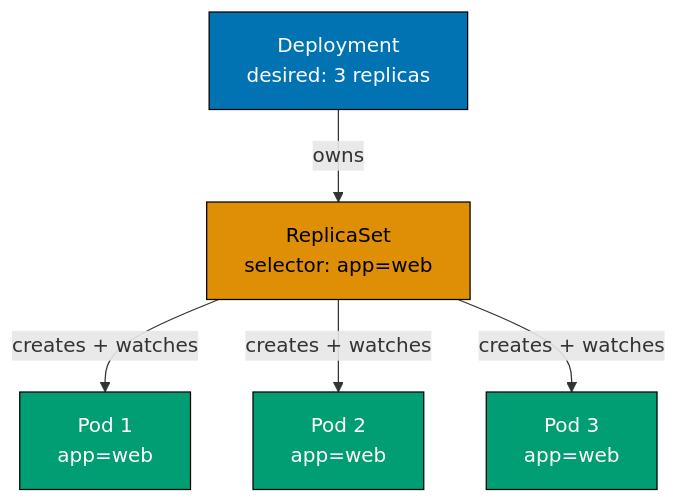
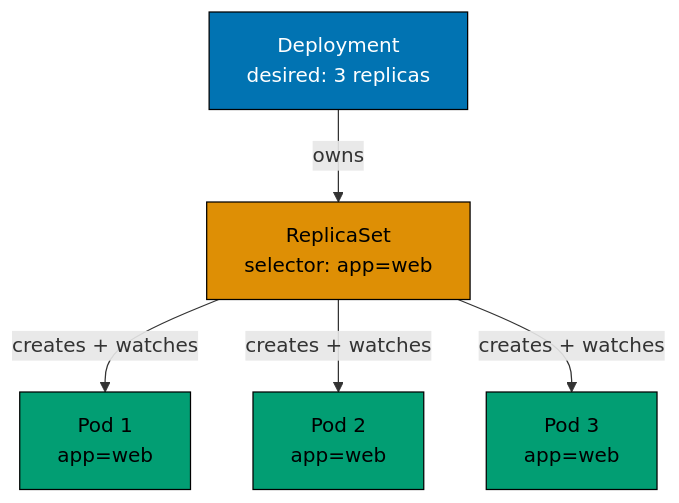
Before and after one commit to wahidyankf/ose-public: the second of 9 diagrams in apps/ayokoding-www/content/en/learn/legacy/software-engineering/infrastructure/tools/k3s/by-example/beginner.md, drawn with Mermaid. The commit also changed other lines of this file and 131 other files, not shown here.

First line of the commit message:
fix(mermaid): bring the legacy data, infrastructure, and testing diagrams onto the accessible palette

````diff
--- a/apps/ayokoding-www/content/en/learn/legacy/software-engineering/infrastructure/tools/k3s/by-example/beginner.md
+++ b/apps/ayokoding-www/content/en/learn/legacy/software-engineering/infrastructure/tools/k3s/by-example/beginner.md
@@ -175,20 +183,26 @@
 ```mermaid
 %% Color Palette: Blue #0173B2, Orange #DE8F05, Teal #029E73, Purple #CC78BC, Brown #CA9161
 graph TD
+    accTitle: Example 5: Create a Deployment with Replicas
+    accDescr: Graph with 5 nodes and 4 connections. Nodes: Deployment desired: 3 replicas, ReplicaSet selector: app=web, Pod 1 app=web, Pod 2 app=web, Pod 3 app=web. Connections: Deployment desired: 3 replicas to ReplicaSet selector: app=web (owns), ReplicaSet selector: app=web to Pod 1 app=web (creates + watches), ReplicaSet selector: app=web to Pod 2 app=web (creates + watches), ReplicaSet selector: app=web to Pod 3 app=web (creates + watches).
     D["Deployment<br/>desired: 3 replicas"]
     RS["ReplicaSet<br/>selector: app=web"]
     P1["Pod 1<br/>app=web"]
     P2["Pod 2<br/>app=web"]
     P3["Pod 3<br/>app=web"]
 
     D -->|owns| RS
     RS -->|creates + watches| P1
     RS -->|creates + watches| P2
     RS -->|creates + watches| P3
 
-    style D fill:#0173B2,stroke:#000,color:#fff
-    style RS fill:#DE8F05,stroke:#000,color:#000
-    style P1 fill:#029E73,stroke:#000,color:#fff
-    style P2 fill:#029E73,stroke:#000,color:#fff
-    style P3 fill:#029E73,stroke:#000,color:#fff
+    classDef pal-0173B2 fill:#0173B2,stroke:#000000,color:#FFFFFF
+    class D pal-0173B2
+    classDef pal-DE8F05 fill:#DE8F05,stroke:#000000,color:#000000
+    class RS pal-DE8F05
+    classDef pal-029E73 fill:#029E73,stroke:#000000,color:#000000
+    class P1 pal-029E73
+    class P2 pal-029E73
+    class P3 pal-029E73
+    classDef default fill:#FFFFFF,stroke:#000000,color:#000000
 ```
````
